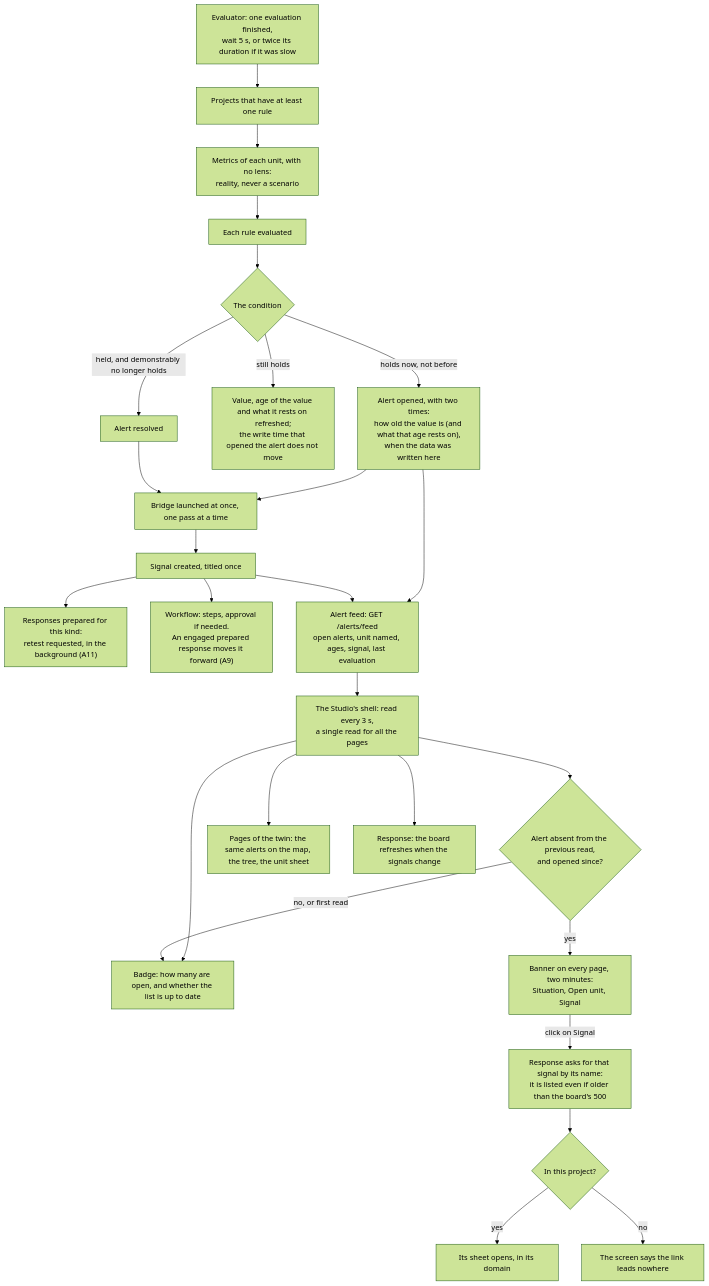
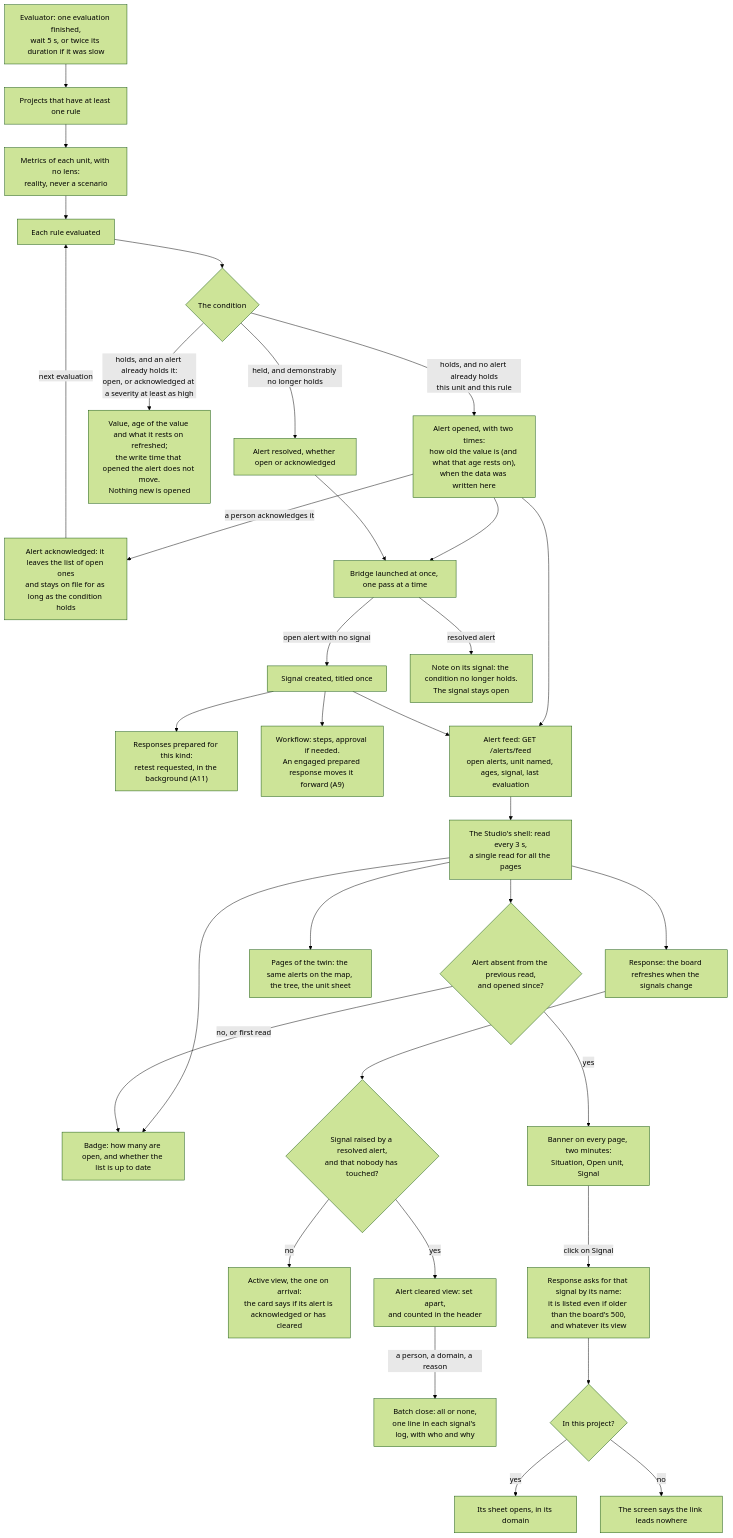
Before and after one commit to V1ktor7/obscyro: diagram 29 of 33 in frontend/content/docs/product/algorithms.md, drawn with Mermaid (forest theme). The commit also changed other lines of this file and 17 other files, not shown here.

````diff
--- a/frontend/content/docs/product/algorithms.md
+++ b/frontend/content/docs/product/algorithms.md
@@ -907,28 +907,35 @@
 ```mermaid
 flowchart TD
     A["Evaluator: one evaluation finished,<br/>wait 5 s, or twice its duration if it was slow"] --> B["Projects that have at least one rule"]
     B --> C["Metrics of each unit, with no lens:<br/>reality, never a scenario"]
     C --> D["Each rule evaluated"]
     D --> E{"The condition"}
-    E -->|"holds now, not before"| F["Alert opened, with two times:<br/>how old the value is (and what that age rests on),<br/>when the data was written here"]
-    E -->|"still holds"| F2["Value, age of the value and what it rests on refreshed;<br/>the write time that opened the alert does not move"]
-    E -->|"held, and demonstrably no longer holds"| G["Alert resolved"]
+    E -->|"holds, and no alert already holds<br/>this unit and this rule"| F["Alert opened, with two times:<br/>how old the value is (and what that age rests on),<br/>when the data was written here"]
+    E -->|"holds, and an alert already holds it:<br/>open, or acknowledged at a severity at least as high"| F2["Value, age of the value and what it rests on refreshed;<br/>the write time that opened the alert does not move.<br/>Nothing new is opened"]
+    E -->|"held, and demonstrably no longer holds"| G["Alert resolved, whether open or acknowledged"]
+    F -->|"a person acknowledges it"| F3["Alert acknowledged: it leaves the list of open ones<br/>and stays on file for as long as the condition holds"]
+    F3 -->|"next evaluation"| D
     F --> H["Bridge launched at once, one pass at a time"]
     G --> H
-    H --> I["Signal created, titled once"]
+    H -->|"open alert with no signal"| I["Signal created, titled once"]
+    H -->|"resolved alert"| I3["Note on its signal: the condition no longer holds.<br/>The signal stays open"]
     I --> I2["Responses prepared for this kind:<br/>retest requested, in the background (A11)"]
     I --> J["Workflow: steps, approval if needed.<br/>An engaged prepared response moves it forward (A9)"]
     F --> K["Alert feed: GET /alerts/feed<br/>open alerts, unit named, ages, signal, last evaluation"]
     I --> K
     K --> L["The Studio's shell: read every 3 s,<br/>a single read for all the pages"]
     L --> M["Badge: how many are open, and whether the list is up to date"]
     L --> N{"Alert absent from the previous read,<br/>and opened since?"}
     N -->|"yes"| O["Banner on every page, two minutes:<br/>Situation, Open unit, Signal"]
     N -->|"no, or first read"| M
     L --> P["Pages of the twin: the same alerts on the map, the tree, the unit sheet"]
     L --> Q["Response: the board refreshes when the signals change"]
-    O -->|"click on Signal"| R["Response asks for that signal by its name:<br/>it is listed even if older than the board's 500"]
+    Q --> V{"Signal raised by a resolved alert,<br/>and that nobody has touched?"}
+    V -->|"no"| W["Active view, the one on arrival:<br/>the card says if its alert is acknowledged or has cleared"]
+    V -->|"yes"| X["Alert cleared view: set apart,<br/>and counted in the header"]
+    X -->|"a person, a domain, a reason"| Y["Batch close: all or none,<br/>one line in each signal's log, with who and why"]
+    O -->|"click on Signal"| R["Response asks for that signal by its name:<br/>it is listed even if older than the board's 500,<br/>and whatever its view"]
     R --> S{"In this project?"}
     S -->|"yes"| T["Its sheet opens, in its domain"]
     S -->|"no"| U["The screen says the link leads nowhere"]
 ```
````
